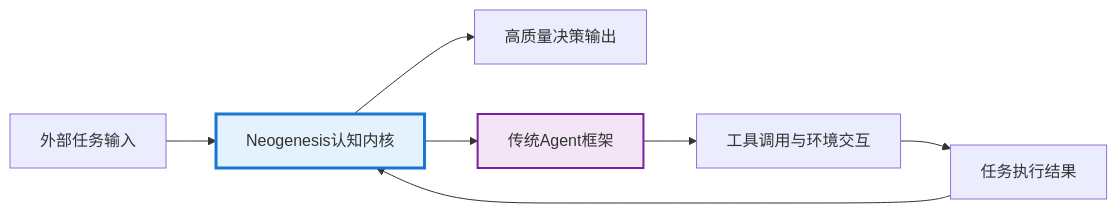
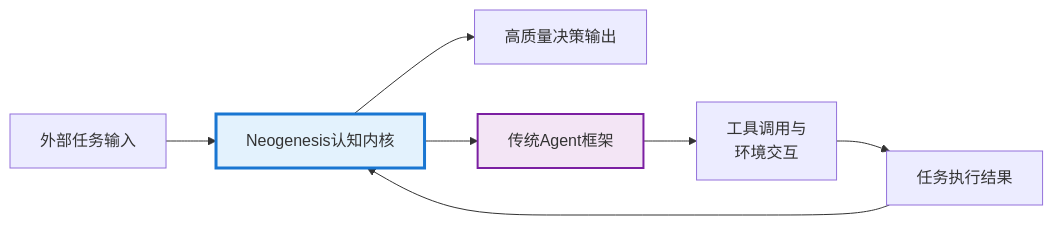
One commit to oceanusXXD/Neosgenesis changed the first of 2 diagrams in README.md. Above: the diagram before and after it, drawn with Mermaid. The commit also changed other lines of this file, not shown here.

Commit message:
add chinese readme

````diff
--- a/README.md
+++ b/README.md
@@ -52,12 +53,12 @@
 ```mermaid
-graph LR
+flowchart LR
     A[外部任务输入] --> B[Neogenesis认知内核]
     B --> C[高质量决策输出]
     B --> D[传统Agent框架]
-    D --> E[工具调用与环境交互]
+    D --> E[工具调用与<br>环境交互]
     E --> F[任务执行结果]
     F --> B
     
     style B fill:#e3f2fd,stroke:#1976d2,stroke-width:3px
     style D fill:#f3e5f5,stroke:#7b1fa2,stroke-width:2px
 ```
````
